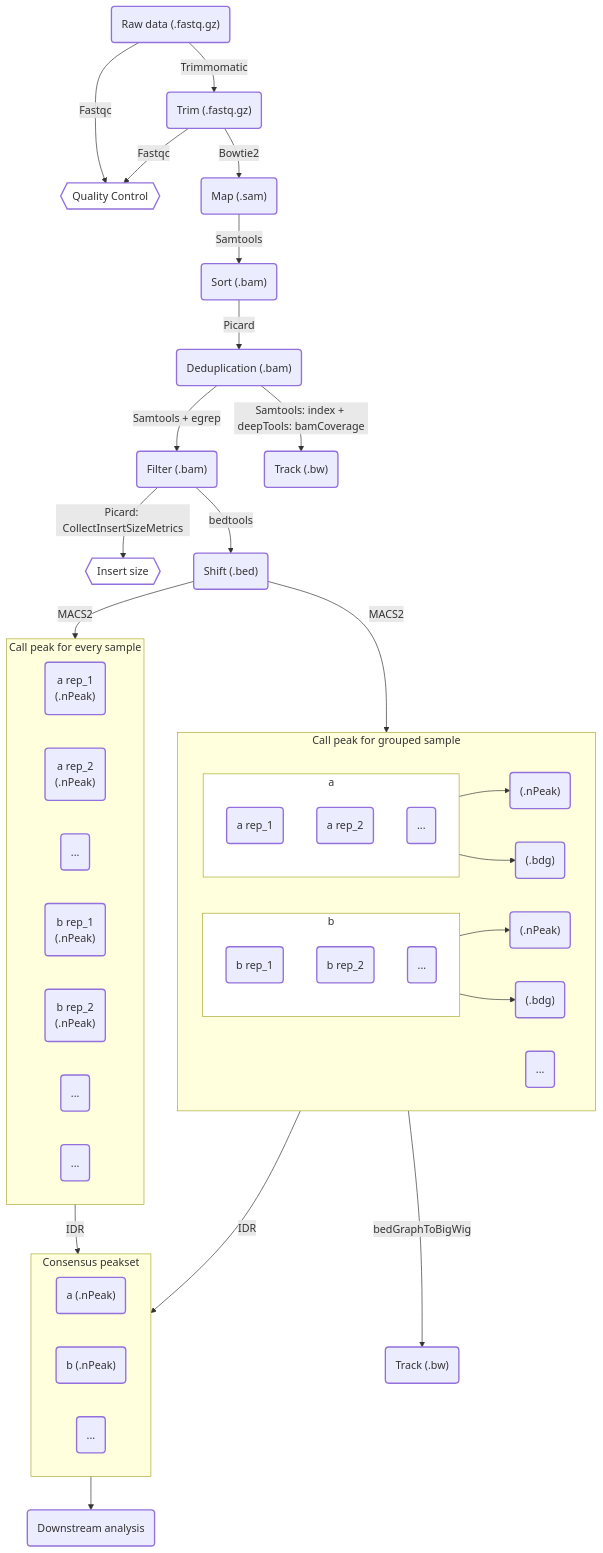
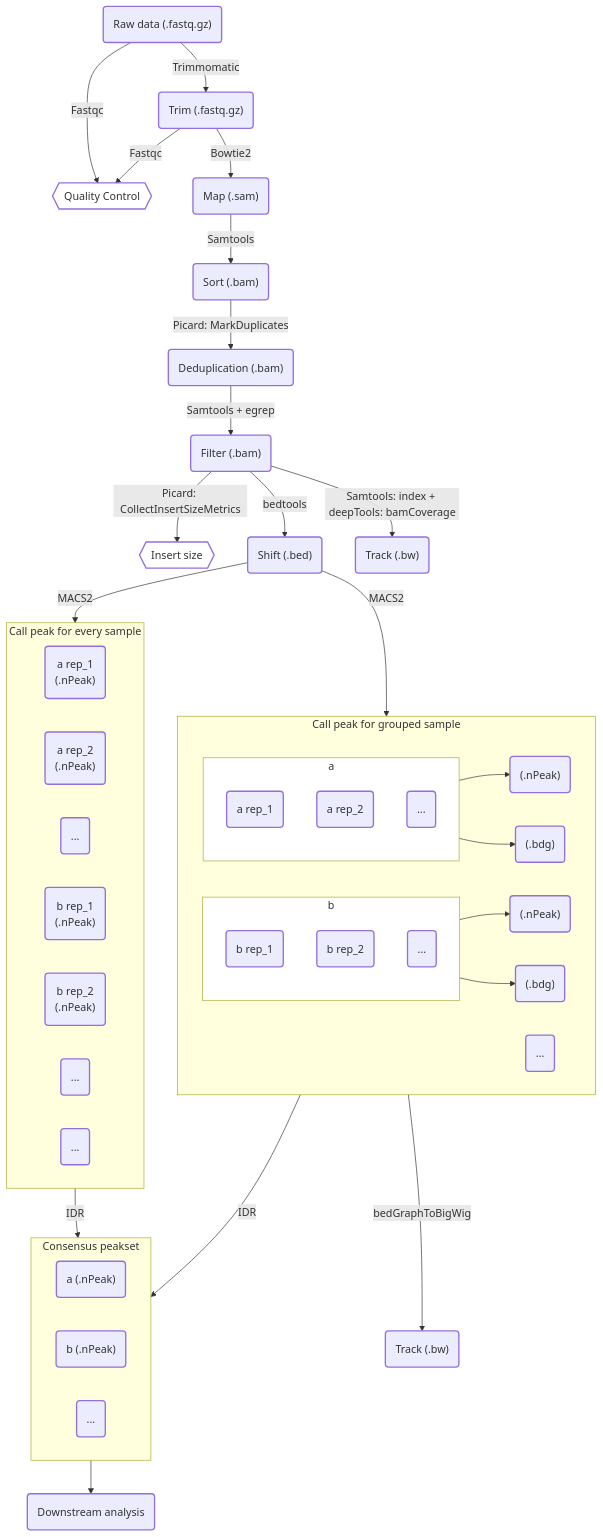
Before and after one commit to sajuukLyu/Protocols-4pub: the second of 5 diagrams in mermaidPlot/mermaidPlot.md, drawn with Mermaid. The commit also changed other lines of this file and 5 other files, not shown here.

````diff
--- a/mermaidPlot/mermaidPlot.md
+++ b/mermaidPlot/mermaidPlot.md
@@ -23,55 +23,55 @@
 ```mermaid
 flowchart TD;
 classDef default stroke-width: 2px ;
 classDef qc fill: #ffffff ;
 	A("Raw data (.fastq.gz)") -->|Fastqc| a{{"Quality Control"}}
 	A -->|Trimmomatic| B("Trim (.fastq.gz)")
 	B -->|Fastqc| a
 	B -->|Bowtie2| C("Map (.sam)")
 	C -->|Samtools| D("Sort (.bam)")
-	D -->|Picard| E("Deduplication (.bam)")
+	D -->|Picard: MarkDuplicates| E("Deduplication (.bam)")
 	E -->|Samtools + egrep| F("Filter (.bam)")
-	E -->|Samtools: index + deepTools: bamCoverage| J("Track (.bw)")
 	F -->|Picard: CollectInsertSizeMetrics| f{{"Insert size"}}
 	F -->|bedtools| G("Shift (.bed)")
+	F -->|Samtools: index + deepTools: bamCoverage| J("Track (.bw)")
 	subgraph H [Call peak for every sample]
 	a1("a rep_1\n(.nPeak)")
 	a2("a rep_2\n(.nPeak)")
 	an("...")
 	b1("b rep_1\n(.nPeak)")
 	b2("b rep_2\n(.nPeak)")
 	bn("...")
 	nn("...")
 	end
 	subgraph I [Call peak for grouped sample]
 		subgraph Ia [a]
 		Ia_1("a rep_1")
 		Ia_2("a rep_2")
 		Ia_n("...")
 		an("...")
 		end
 		Ia --> Ia_res1("(.nPeak)")
 		Ia --> Ia_res2("(.bdg)")
 		subgraph Ib [b]
 		Ib_1("b rep_1")
 		Ib_2("b rep_2")
 		Ib_n("...")
 		an("...")
 		end
 		Ib --> Ib_res1("(.nPeak)")
 		Ib --> Ib_res2("(.bdg)")
 		In("...")
 	end
 	G -->|MACS2| H
 	G -->|MACS2| I
 	subgraph K [Consensus peakset]
 	Ka("a (.nPeak)")
 	Kb("b (.nPeak)")
 	Kn("...")
 	end
 	I -->|IDR| K
     H -->|IDR| K
 	I -->|bedGraphToBigWig| L("Track (.bw)")
 	K --> M("Downstream analysis")
 class a,f,Ia,Ib qc
 ```
````
